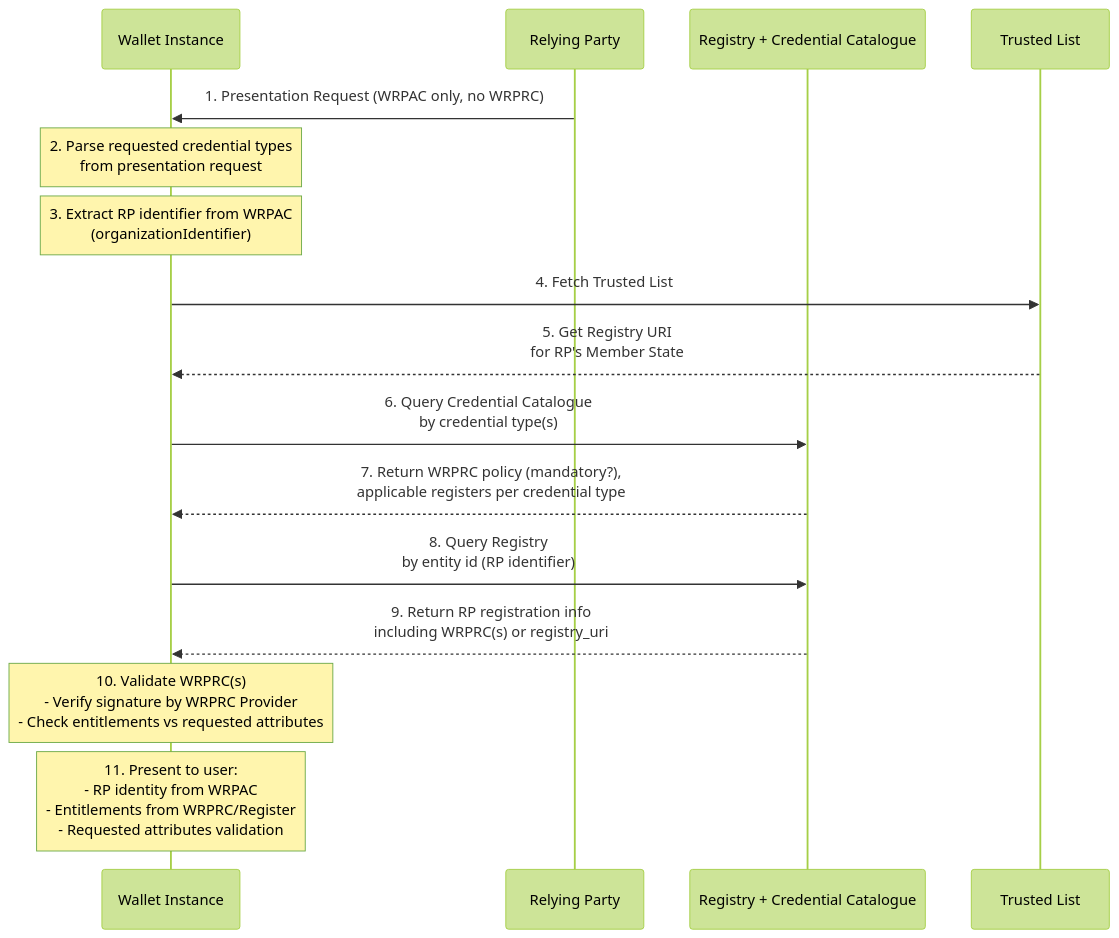
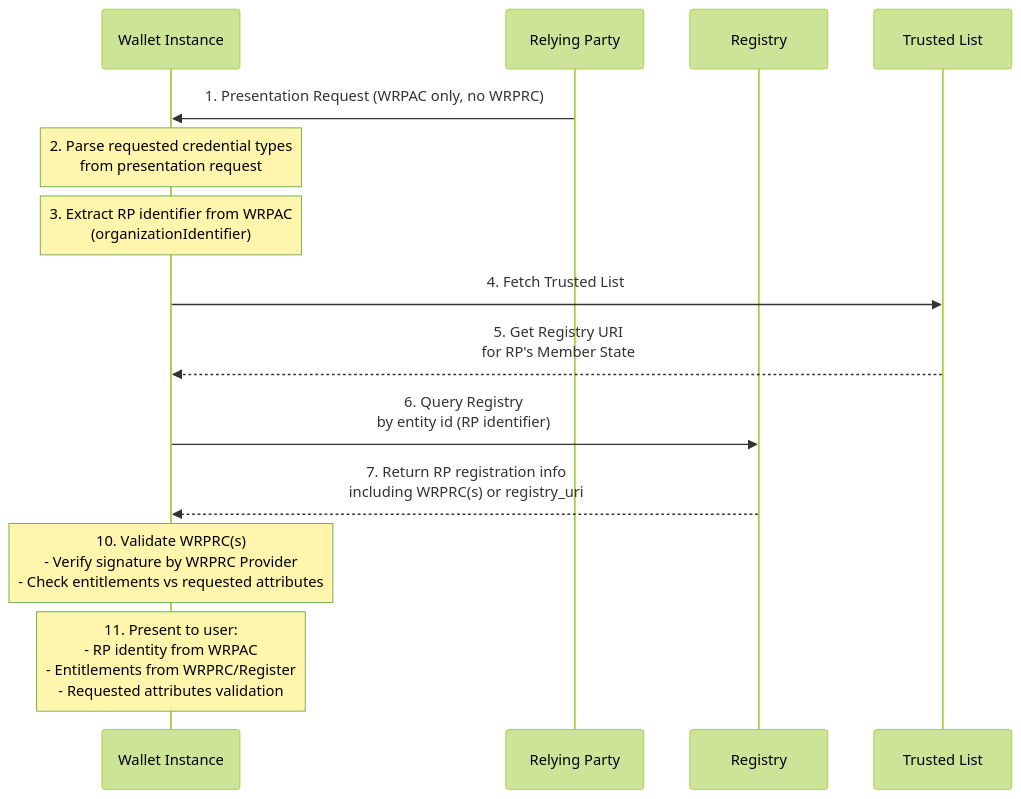
The fifth of 9 diagrams in task2-trust-framework/eudi-wallet-trust-and-entitlement-discovery.md (webuild-consortium/wp4-trust-group), drawn with Mermaid (forest theme) before and after one commit. The commit also changed other lines of this file, not shown here.

Commit message:
fix: removed Query by **credential type** to obtain WRPRC policy

````diff
--- a/task2-trust-framework/eudi-wallet-trust-and-entitlement-discovery.md
+++ b/task2-trust-framework/eudi-wallet-trust-and-entitlement-discovery.md
@@ -267,24 +263,21 @@
 ```mermaid
 sequenceDiagram
     participant W as Wallet Instance
     participant RP as Relying Party
-    participant NR as Registry + Credential Catalogue
+    participant NR as Registry
     participant TL as Trusted List
 
     RP->>W: 1. Presentation Request (WRPAC only, no WRPRC)
     Note over W: 2. Parse requested credential types<br/>from presentation request
     Note over W: 3. Extract RP identifier from WRPAC<br/>(organizationIdentifier)
     
     W->>TL: 4. Fetch Trusted List
     TL-->>W: 5. Get Registry URI<br/>for RP's Member State
     
-    W->>NR: 6. Query Credential Catalogue<br/>by credential type(s)
-    NR-->>W: 7. Return WRPRC policy (mandatory?),<br/>applicable registers per credential type
-    
-    W->>NR: 8. Query Registry<br/>by entity id (RP identifier)
-    NR-->>W: 9. Return RP registration info<br/>including WRPRC(s) or registry_uri
+    W->>NR: 6. Query Registry<br/>by entity id (RP identifier)
+    NR-->>W: 7. Return RP registration info<br/>including WRPRC(s) or registry_uri
     
     Note over W: 10. Validate WRPRC(s)<br/>- Verify signature by WRPRC Provider<br/>- Check entitlements vs requested attributes
     
     Note over W: 11. Present to user:<br/>- RP identity from WRPAC<br/>- Entitlements from WRPRC/Register<br/>- Requested attributes validation
 ```
````
